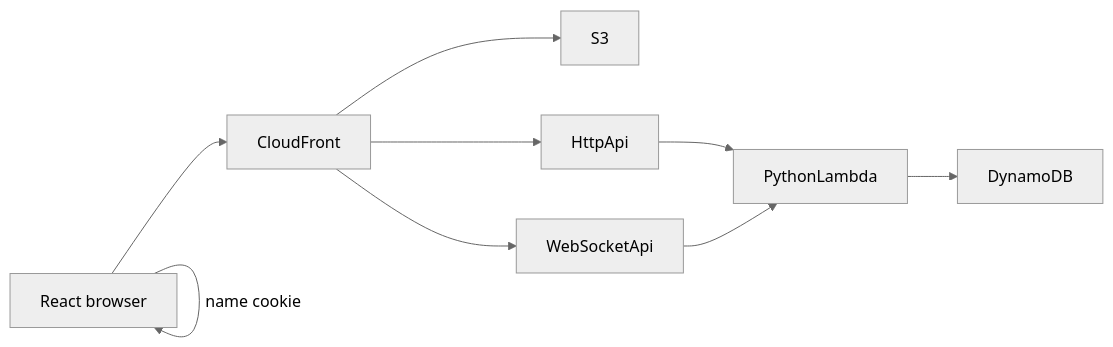
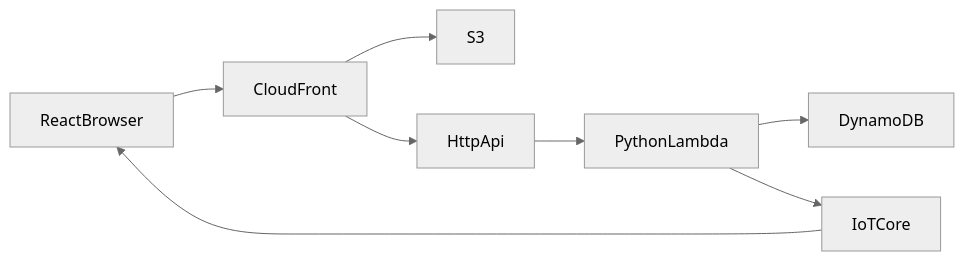
Before and after one commit to arkils/bidmaster: the diagram in docs/architecture/overview.md, drawn with Mermaid (neutral theme). The commit also changed other lines of this file and 47 other files, not shown here.

````diff
--- a/docs/architecture/overview.md
+++ b/docs/architecture/overview.md
@@ -23,19 +23,18 @@
 ```mermaid
 flowchart LR
-  browser[React browser]
+  browser[ReactBrowser]
   cloudfront[CloudFront]
   s3[S3]
   httpApi[HttpApi]
-  wsApi[WebSocketApi]
   lambda[PythonLambda]
   dynamodb[DynamoDB]
+  iot[IoTCore]
 
-  browser -->|name cookie| browser
   browser --> cloudfront
   cloudfront --> s3
   cloudfront --> httpApi
-  cloudfront --> wsApi
   httpApi --> lambda
-  wsApi --> lambda
   lambda --> dynamodb
+  lambda --> iot
+  iot --> browser
 ```
````
